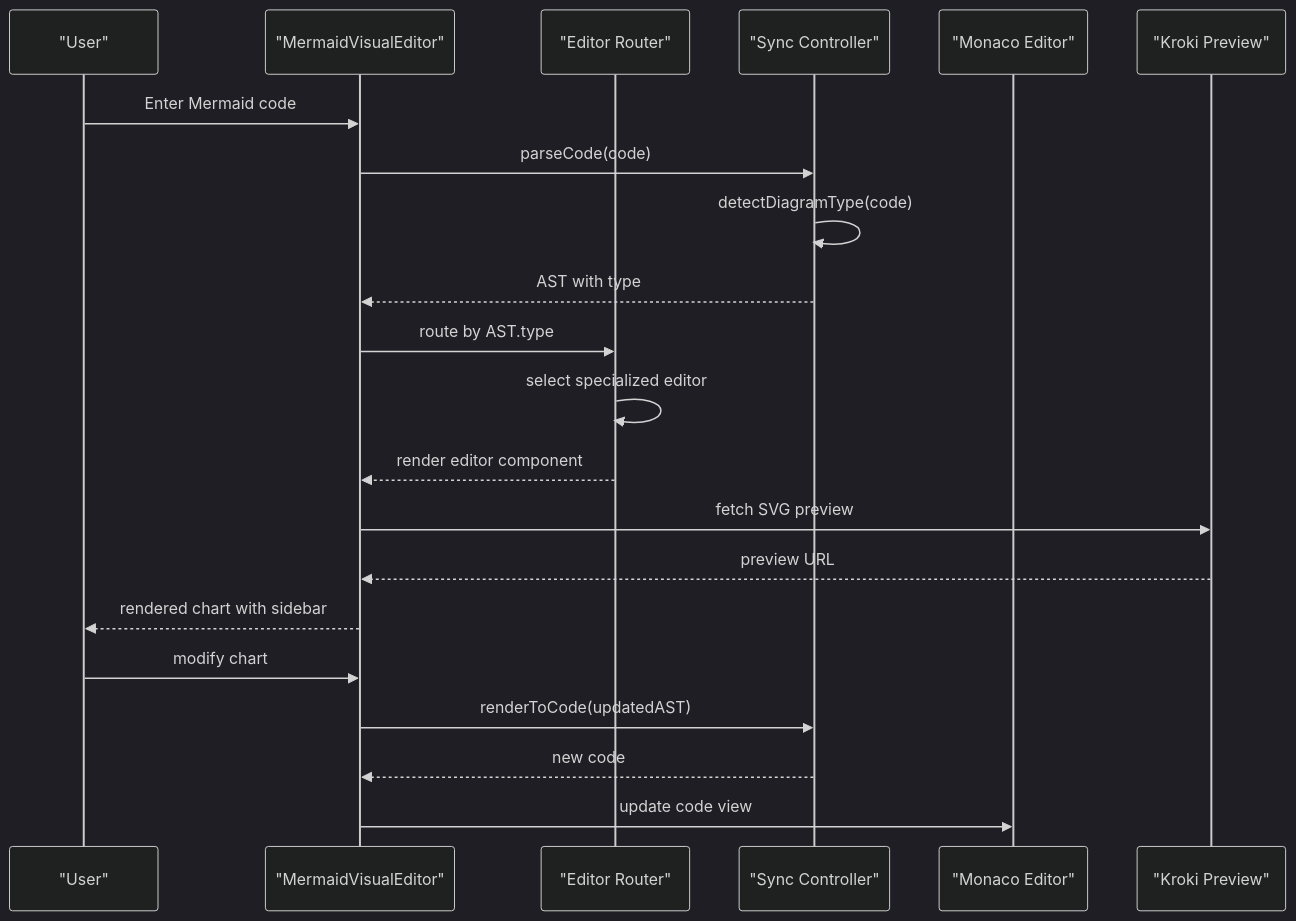
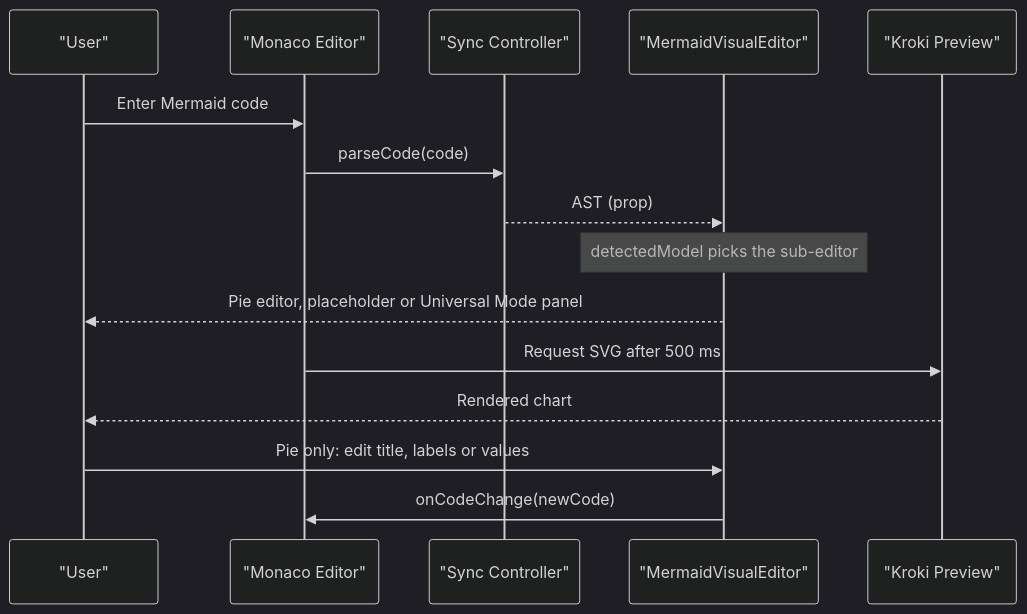
The second of 10 diagrams in .qoder/repowiki/en/content/Diagram Types and Formats/Mermaid Diagrams/Advanced Chart Types.md (ongchonghian/universal-diagram-editor), drawn with Mermaid (dark theme) before and after one commit. The commit also changed other lines of this file and 31 other files, not shown here.

````diff
--- a/.qoder/repowiki/en/content/Diagram Types and Formats/Mermaid Diagrams/Advanced Chart Types.md
+++ b/.qoder/repowiki/en/content/Diagram Types and Formats/Mermaid Diagrams/Advanced Chart Types.md
@@ -114,23 +108,17 @@
 ```mermaid
 sequenceDiagram
 participant User as "User"
+participant Monaco as "Monaco Editor"
+participant Sync as "Sync Controller"
 participant Editor as "MermaidVisualEditor"
-participant Router as "Editor Router"
-participant Sync as "Sync Controller"
-participant Monaco as "Monaco Editor"
 participant Preview as "Kroki Preview"
-User->>Editor : Enter Mermaid code
-Editor->>Sync : parseCode(code)
-Sync->>Sync : detectDiagramType(code)
-Sync-->>Editor : AST with type
-Editor->>Router : route by AST.type
-Router->>Router : select specialized editor
-Router-->>Editor : render editor component
-Editor->>Preview : fetch SVG preview
-Preview-->>Editor : preview URL
-Editor-->>User : rendered chart with sidebar
-User->>Editor : modify chart
-Editor->>Sync : renderToCode(updatedAST)
-Sync-->>Editor : new code
-Editor->>Monaco : update code view
+User->>Monaco: Enter Mermaid code
+Monaco->>Sync: parseCode(code)
+Sync-->>Editor: AST (prop)
+Note over Editor: detectedModel picks the sub-editor
+Editor-->>User: Pie editor, placeholder or Universal Mode panel
+Monaco->>Preview: Request SVG after 500 ms
+Preview-->>User: Rendered chart
+User->>Editor: Pie only: edit title, labels or values
+Editor->>Monaco: onCodeChange(newCode)
 ```
````
